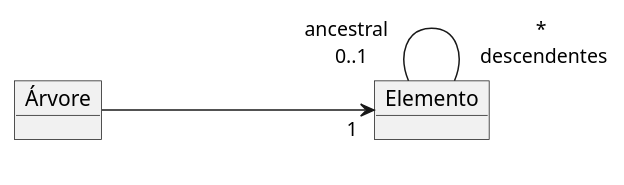
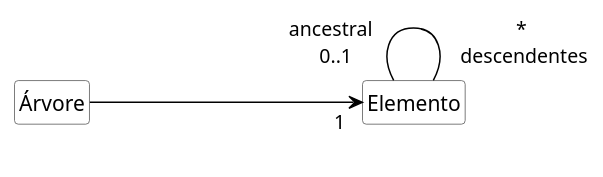
One commit to kyriosdata/oo changed the diagram in imagens/modelos-04/mod04ima02/mod04ima02.plantuml. Above: the diagram before and after it, drawn with PlantUML. The commit also changed 26 other files, not shown here.

```diff
--- a/imagens/modelos-04/mod04ima02/mod04ima02.plantuml
+++ b/imagens/modelos-04/mod04ima02/mod04ima02.plantuml
@@ -1,8 +1,17 @@
 @startuml mod04ima02 
-object "Árvore" as ar 
-object "Elemento" as el 
+hide circle
+hide methods
+hide empty members
+
+skinparam class {
+    BackgroundColor White
+    ArrowColor Black
+    BorderColor #505050
+}
+class "Árvore" as ar 
+class "Elemento" as el 
 
 left to right direction
 ar ----> "1 \n" el  
 el "ancestral \n 0..1"--- " * \n descendentes" el
 @enduml
```
